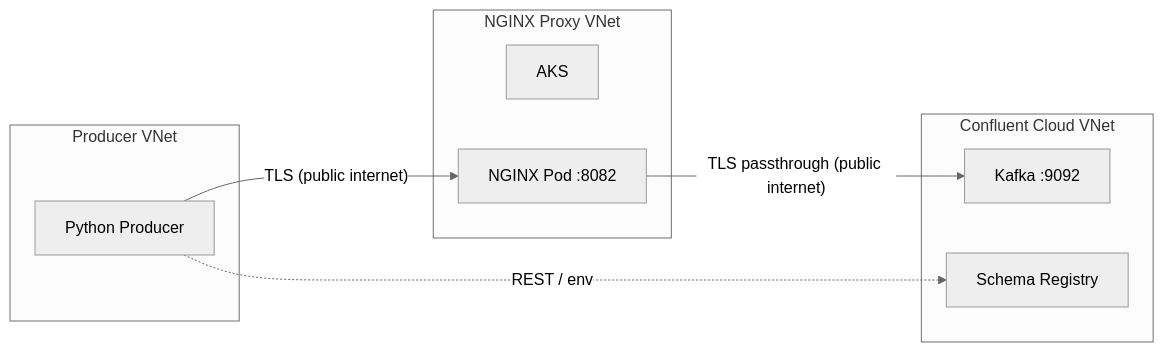
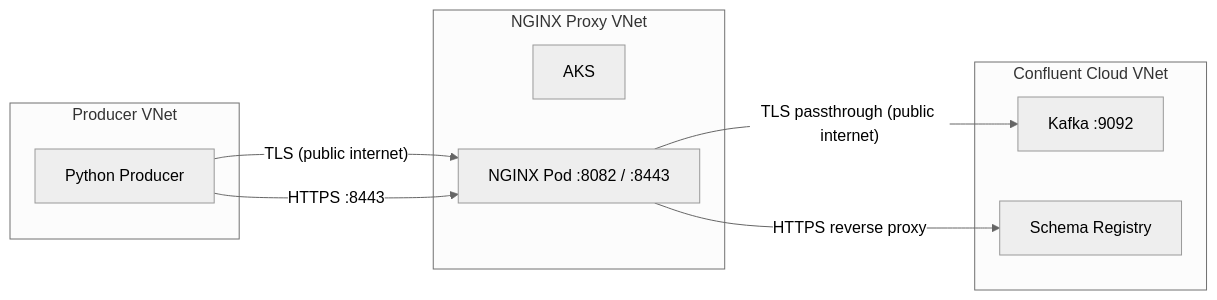
One commit to gogetjax/cursor-nginx-proxy changed the diagram in docs/architecture.mmd. Above: the diagram before and after it, drawn with Mermaid (neutral theme). The commit also changed 2 other files, not shown here.

Commit message:
update architecture diagrams for nginx-mediated schema registry flow
Align docs and README Mermaid diagrams so Schema Registry traffic is shown through NGINX instead of a direct Producer-to-SR path, and redesign the Excalidraw architecture with clearer zones, colorful components, and explicit Kafka/SR flow labels for customer-facing documentation.

```diff
--- a/docs/architecture.mmd
+++ b/docs/architecture.mmd
@@ -1,15 +1,16 @@
 flowchart LR
   subgraph producer_vnet [Producer VNet]
     Producer[Python Producer]
   end
   subgraph nginx_vnet [NGINX Proxy VNet]
     AKS[AKS]
-    NGINX[NGINX Pod :8082]
+    NGINX[NGINX Pod :8082 / :8443]
   end
   subgraph confluent [Confluent Cloud VNet]
     Kafka[Kafka :9092]
     SR[Schema Registry]
   end
   Producer -->|"TLS (public internet)"| NGINX
   NGINX -->|"TLS passthrough (public internet)"| Kafka
-  Producer -.->|"REST / env"| SR
+  Producer -->|"HTTPS :8443"| NGINX
+  NGINX -->|"HTTPS reverse proxy"| SR
```
